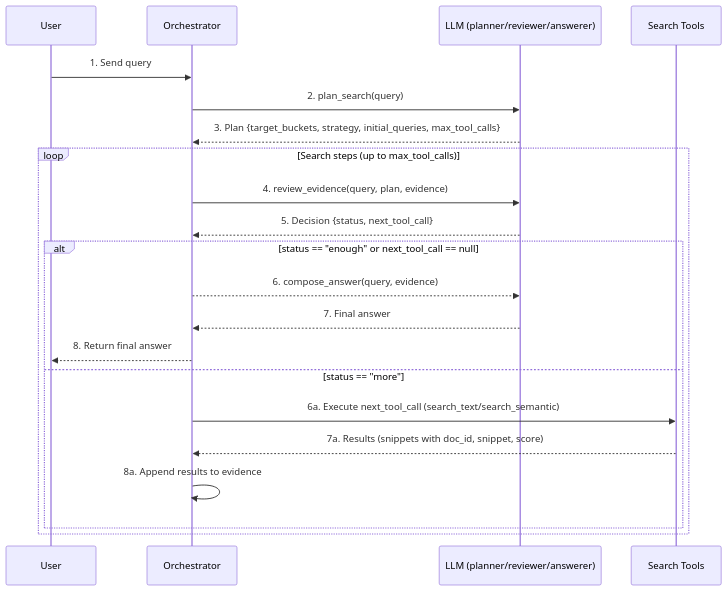
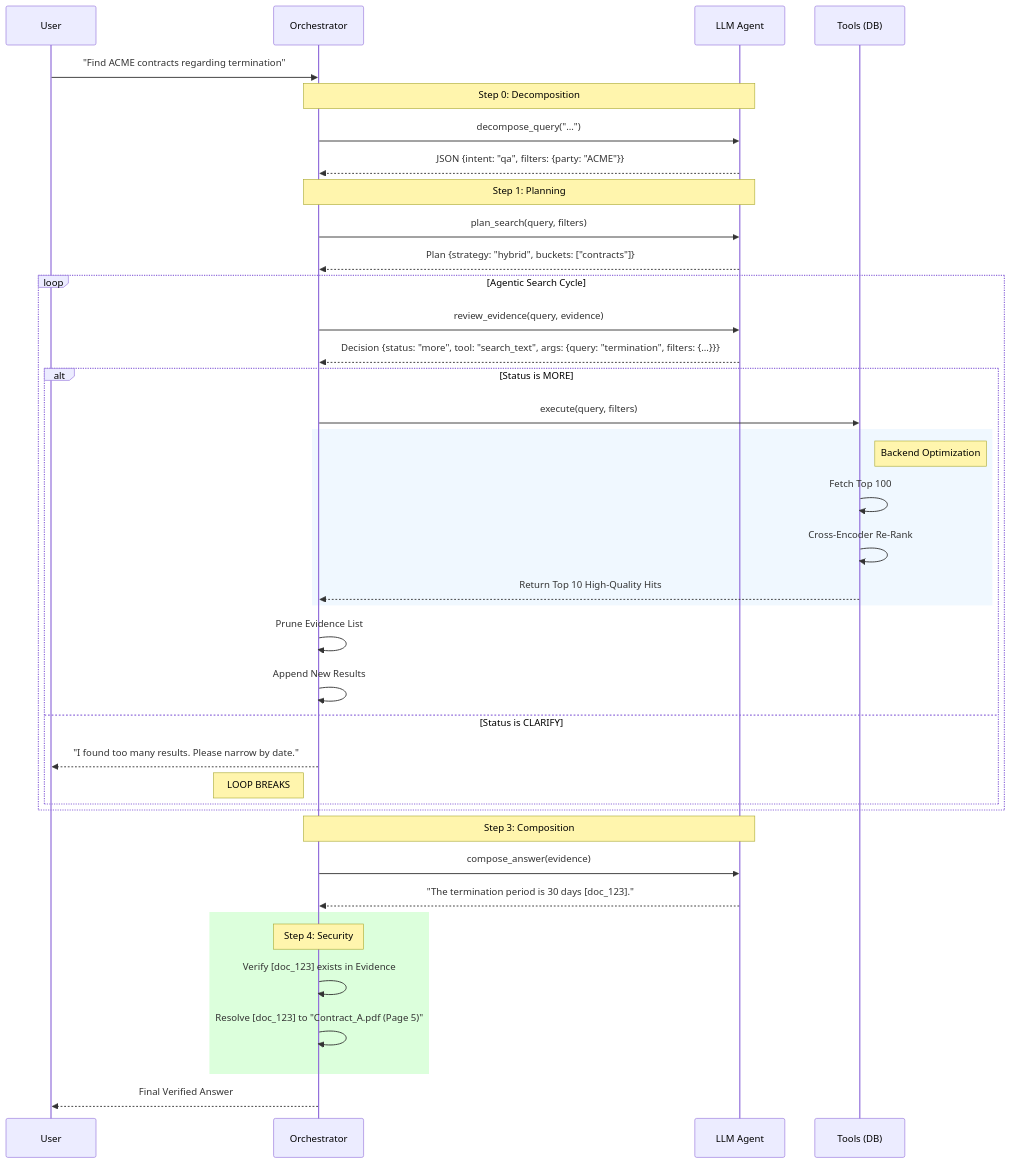
The third of 3 diagrams in docs/agentic_rag_plan.md (nobody-qwert/zzz_rag_xxx), drawn with Mermaid before and after one commit. The commit also changed other lines of this file and 1 other file, not shown here.

````diff
--- a/docs/agentic_rag_plan.md
+++ b/docs/agentic_rag_plan.md
@@ -435,26 +399,52 @@
 ```mermaid
 sequenceDiagram
-    participant User as User
+    participant User
     participant Orch as Orchestrator
-    participant LLM as LLM (planner/reviewer/answerer)
-    participant Tools as Search Tools
-
-    User->>Orch: 1. Send query
-    Orch->>LLM: 2. plan_search(query)
-    LLM-->>Orch: 3. Plan {target_buckets, strategy, initial_queries, max_tool_calls}
-
-    loop Search steps (up to max_tool_calls)
-        Orch->>LLM: 4. review_evidence(query, plan, evidence)
-        LLM-->>Orch: 5. Decision {status, next_tool_call}
-
-        alt status == "enough" or next_tool_call == null
-            Orch-->>LLM: 6. compose_answer(query, evidence)
-            LLM-->>Orch: 7. Final answer
-            Orch-->>User: 8. Return final answer
-        else status == "more"
-            Orch->>Tools: 6a. Execute next_tool_call (search_text/search_semantic)
-            Tools-->>Orch: 7a. Results (snippets with doc_id, snippet, score)
-            Orch->>Orch: 8a. Append results to evidence
+    participant LLM as LLM Agent
+    participant Tool as Tools (DB)
+    
+    User->>Orch: "Find ACME contracts regarding termination"
+    
+    Note over Orch, LLM: Step 0: Decomposition
+    Orch->>LLM: decompose_query("...")
+    LLM-->>Orch: JSON {intent: "qa", filters: {party: "ACME"}}
+    
+    Note over Orch, LLM: Step 1: Planning
+    Orch->>LLM: plan_search(query, filters)
+    LLM-->>Orch: Plan {strategy: "hybrid", buckets: ["contracts"]}
+    
+    loop Agentic Search Cycle
+        Orch->>LLM: review_evidence(query, evidence)
+        LLM-->>Orch: Decision {status: "more", tool: "search_text", args: {query: "termination", filters: {...}}}
+        
+        alt Status is MORE
+            Orch->>Tool: execute(query, filters)
+            
+            rect rgb(240, 248, 255)
+                Note right of Tool: Backend Optimization
+                Tool->>Tool: Fetch Top 100
+                Tool->>Tool: Cross-Encoder Re-Rank
+                Tool-->>Orch: Return Top 10 High-Quality Hits
+            end
+            
+            Orch->>Orch: Prune Evidence List
+            Orch->>Orch: Append New Results
+            
+        else Status is CLARIFY
+            Orch-->>User: "I found too many results. Please narrow by date."
+            Note left of Orch: LOOP BREAKS
         end
     end
+    
+    Note over Orch, LLM: Step 3: Composition
+    Orch->>LLM: compose_answer(evidence)
+    LLM-->>Orch: "The termination period is 30 days [doc_123]."
+    
+    rect rgb(220, 255, 220)
+        Note over Orch: Step 4: Security
+        Orch->>Orch: Verify [doc_123] exists in Evidence
+        Orch->>Orch: Resolve [doc_123] to "Contract_A.pdf (Page 5)"
+    end
+    
+    Orch-->>User: Final Verified Answer
 ```
````
